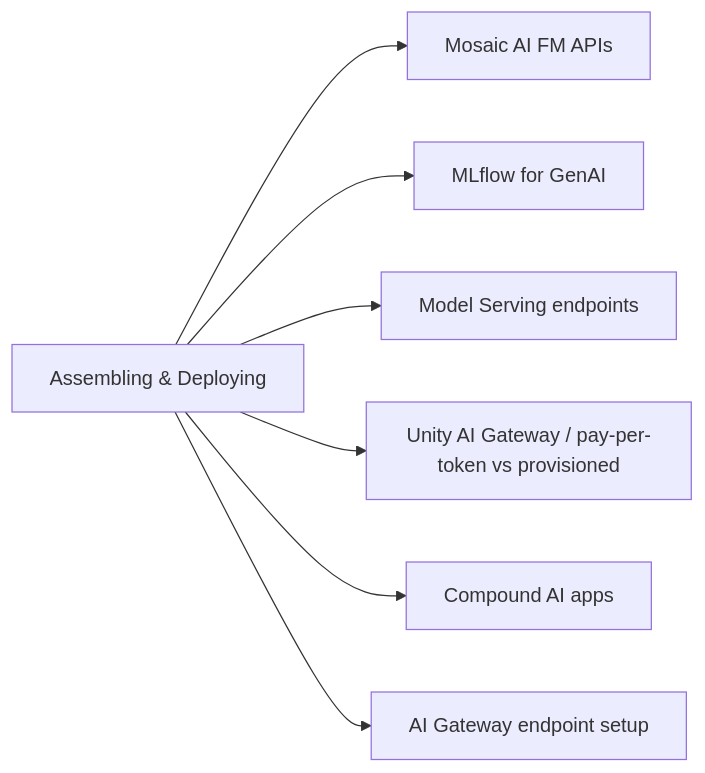
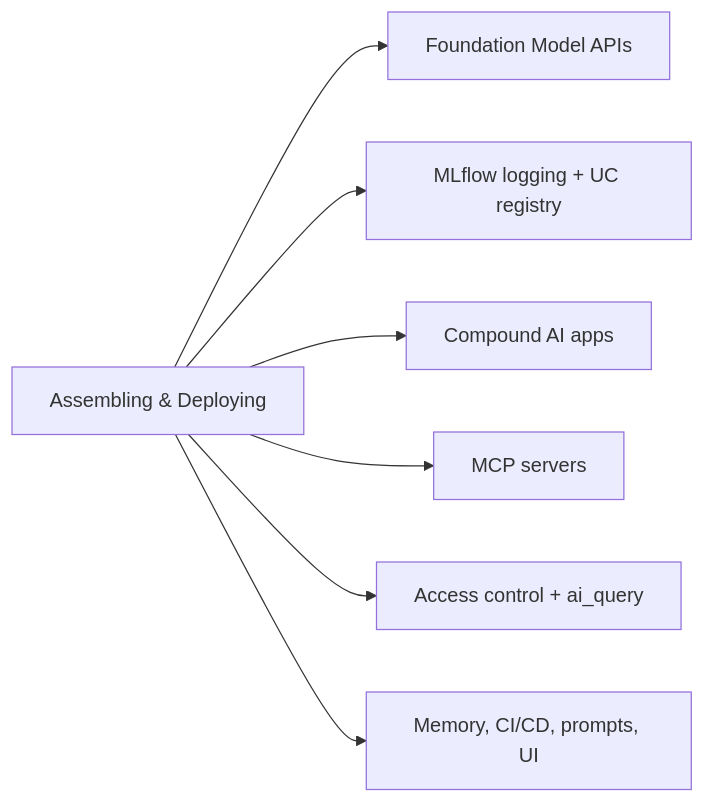
One commit to kengio/databricks-certification-study-guide changed the diagram in certifications/genai-engineer-associate/02-assembling-and-deploying-apps/README.md. Above: the diagram before and after it, drawn with Mermaid. The commit also changed other lines of this file and 52 other files, not shown here.

````diff
--- a/certifications/genai-engineer-associate/02-assembling-and-deploying-apps/README.md
+++ b/certifications/genai-engineer-associate/02-assembling-and-deploying-apps/README.md
@@ -18,9 +22,9 @@
 ```mermaid
 flowchart LR
-    AD[Assembling & Deploying] --> Mosaic[Mosaic AI FM APIs]
-    AD --> MLflow[MLflow for GenAI]
-    AD --> Serve[Model Serving endpoints]
-    AD --> Gateway[Unity AI Gateway / pay-per-token vs provisioned]
-    AD --> Compound[Compound AI apps]
-    AD --> Setup[AI Gateway endpoint setup]
+    AD[Assembling & Deploying] --> FM[Foundation Model APIs]
+    AD --> ML[MLflow logging + UC registry]
+    AD --> CA[Compound AI apps]
+    AD --> MCP[MCP servers]
+    AD --> AC[Access control + ai_query]
+    AD --> OPS[Memory, CI/CD, prompts, UI]
 ```
````
